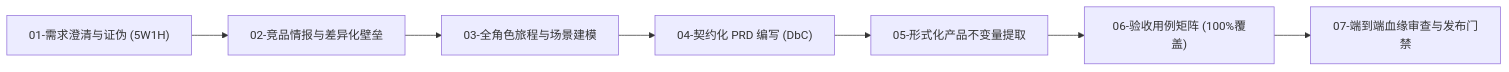
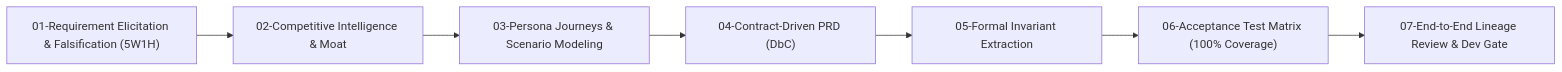
Before and after one commit to AuraklAI/aurakl-skills: the diagram in skills/aurakl-product-manager/SKILL.md, drawn with Mermaid. The commit also changed other lines of this file and 16 other files, not shown here.

````diff
--- a/skills/aurakl-product-manager/SKILL.md
+++ b/skills/aurakl-product-manager/SKILL.md
@@ -210,9 +178,9 @@
 ```mermaid
 graph LR
-    S1["01-需求澄清与证伪 (5W1H)"] --> S2["02-竞品情报与差异化壁垒"]
-    S2 --> S3["03-全角色旅程与场景建模"]
-    S3 --> S4["04-契约化 PRD 编写 (DbC)"]
-    S4 --> S5["05-形式化产品不变量提取"]
-    S5 --> S6["06-验收用例矩阵 (100%覆盖)"]
-    S6 --> S7["07-端到端血缘审查与发布门禁"]
+    S1["01-Requirement Elicitation & Falsification (5W1H)"] --> S2["02-Competitive Intelligence & Moat"]
+    S2 --> S3["03-Persona Journeys & Scenario Modeling"]
+    S3 --> S4["04-Contract-Driven PRD (DbC)"]
+    S4 --> S5["05-Formal Invariant Extraction"]
+    S5 --> S6["06-Acceptance Test Matrix (100% Coverage)"]
+    S6 --> S7["07-End-to-End Lineage Review & Dev Gate"]
 ```
````
